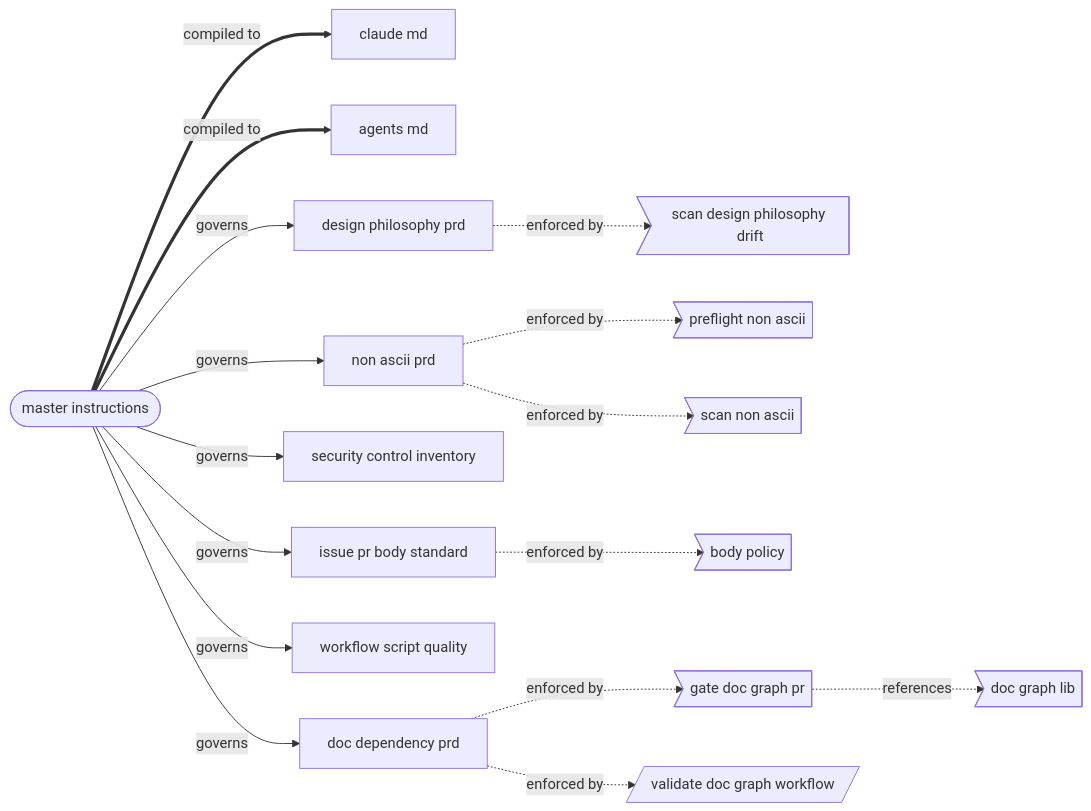
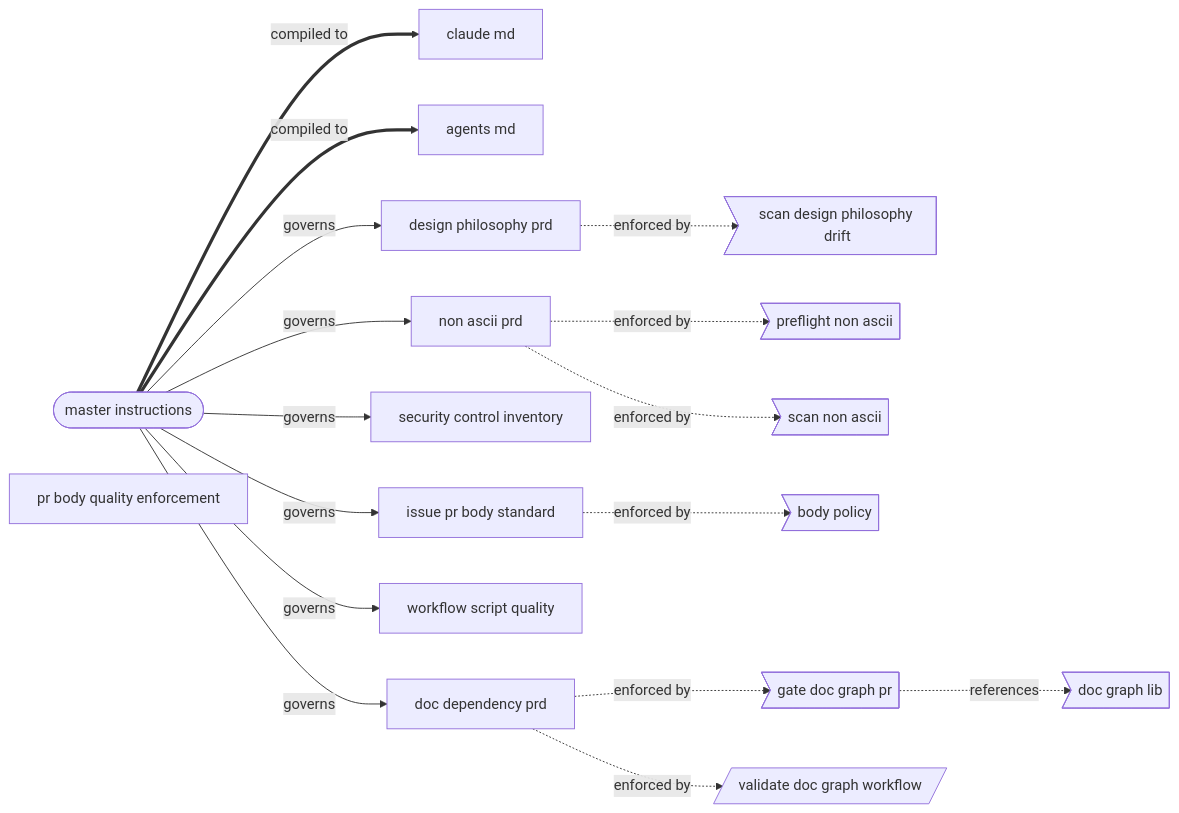
The diagram in docs/generated/graph/doc-dependency-graph.md (tvna/claude-md), drawn with Mermaid before and after one commit. The commit also changed other lines of this file and 3 other files, not shown here.

First line of the commit message:
docs(generated): regenerate decision tree and workflow diagrams

````diff
--- a/docs/generated/graph/doc-dependency-graph.md
+++ b/docs/generated/graph/doc-dependency-graph.md
@@ -8,34 +8,35 @@
 ```mermaid
 flowchart LR
     master_instructions(["master instructions"])
     claude_md["claude md"]
     agents_md["agents md"]
     design_philosophy_prd["design philosophy prd"]
     non_ascii_prd["non ascii prd"]
     security_control_inventory["security control inventory"]
     issue_pr_body_standard["issue pr body standard"]
     workflow_script_quality["workflow script quality"]
+    pr_body_quality_enforcement["pr body quality enforcement"]
     doc_dependency_prd["doc dependency prd"]
     scan_design_philosophy_drift>"scan design philosophy drift"]
     preflight_non_ascii>"preflight non ascii"]
     scan_non_ascii>"scan non ascii"]
     body_policy>"body policy"]
     gate_doc_graph_pr>"gate doc graph pr"]
     doc_graph_lib>"doc graph lib"]
     validate_doc_graph_workflow[/"validate doc graph workflow"/]
     master_instructions ==>|compiled to| claude_md
     master_instructions ==>|compiled to| agents_md
     master_instructions -->|governs| design_philosophy_prd
     master_instructions -->|governs| non_ascii_prd
     master_instructions -->|governs| security_control_inventory
     master_instructions -->|governs| issue_pr_body_standard
     master_instructions -->|governs| workflow_script_quality
     master_instructions -->|governs| doc_dependency_prd
     design_philosophy_prd -.->|enforced by| scan_design_philosophy_drift
     non_ascii_prd -.->|enforced by| preflight_non_ascii
     non_ascii_prd -.->|enforced by| scan_non_ascii
     issue_pr_body_standard -.->|enforced by| body_policy
     doc_dependency_prd -.->|enforced by| gate_doc_graph_pr
     doc_dependency_prd -.->|enforced by| validate_doc_graph_workflow
     gate_doc_graph_pr -.->|references| doc_graph_lib
 ```
````
